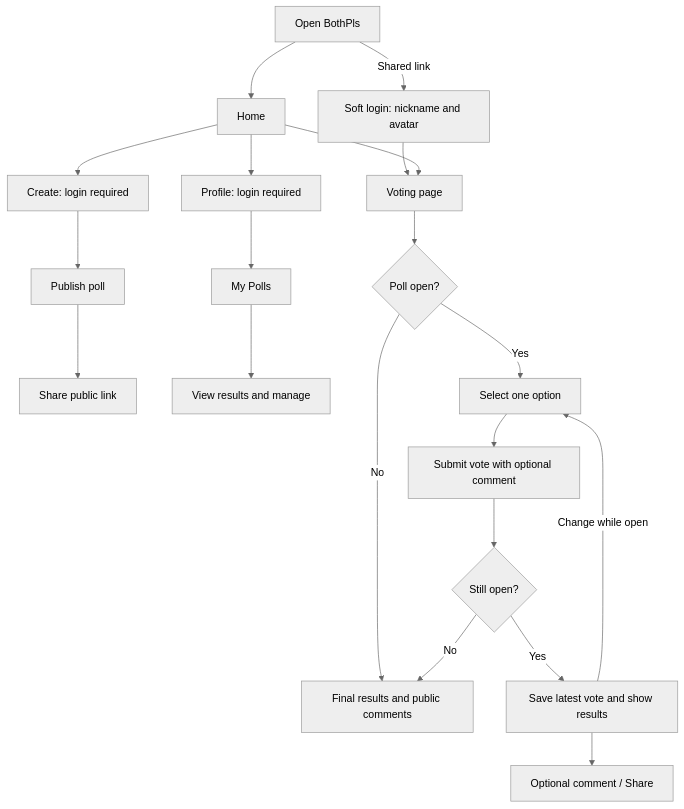
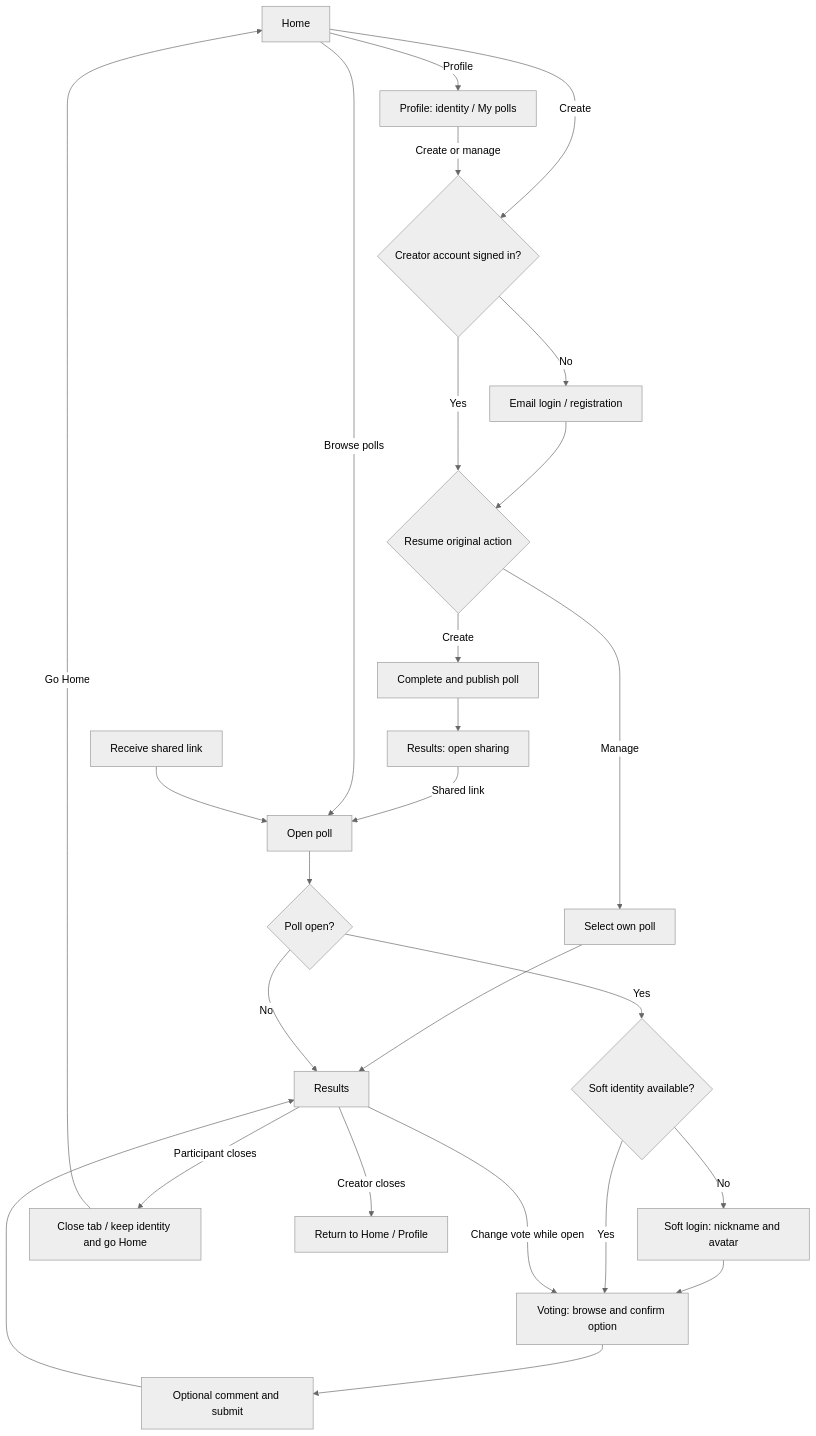
Before and after one commit to sd5913/The-Aliien-Repo: the first of 2 diagrams in docs/UserFlow.en.md, drawn with Mermaid (neutral theme). The commit also changed other lines of this file and 1 other file, not shown here.

Commit message:
fix: streamline user flow documentation and merge duplicate entry points

````diff
--- a/docs/UserFlow.en.md
+++ b/docs/UserFlow.en.md
@@ -11,22 +9,28 @@
 ```mermaid
 flowchart TD
-    A[Open BothPls] --> B[Home]
-    A -->|Shared link| SL[Soft login: nickname and avatar]
-    SL --> C[Voting page]
-    B --> C
-    B --> D[Create: login required]
-    D --> E[Publish poll]
-    E --> E1[Share public link]
-    B --> F[Profile: login required]
-    F --> G[My Polls]
-    G --> G1[View results and manage]
-    C --> H{Poll open?}
-    H -->|No| I[Final results and public comments]
-    H -->|Yes| J[Select one option]
-    J --> K[Submit vote with optional comment]
-    K --> L{Still open?}
-    L -->|No| I
-    L -->|Yes| M[Save latest vote and show results]
-    M -->|Change while open| J
-    M --> N[Optional comment / Share]
+    H[Home] -->|Create| A{Creator account signed in?}
+    H -->|Profile| P[Profile: identity / My polls]
+    P -->|Create or manage| A
+    A -->|No| L[Email login / registration]
+    L --> T{Resume original action}
+    A -->|Yes| T
+    T -->|Create| C[Complete and publish poll]
+    T -->|Manage| M[Select own poll]
+    C --> S[Results: open sharing]
+    S -->|Shared link| E[Open poll]
+    M --> R[Results]
+    H -->|Browse polls| E
+    LINK[Receive shared link] --> E
+    E --> O{Poll open?}
+    O -->|No| R
+    O -->|Yes| I{Soft identity available?}
+    I -->|No| J[Soft login: nickname and avatar]
+    J --> V[Voting: browse and confirm option]
+    I -->|Yes| V
+    V --> B[Optional comment and submit]
+    B --> R
+    R -->|Change vote while open| V
+    R -->|Participant closes| X[Close tab / keep identity and go Home]
+    X -->|Go Home| H
+    R -->|Creator closes| BACK[Return to Home / Profile]
 ```
````
